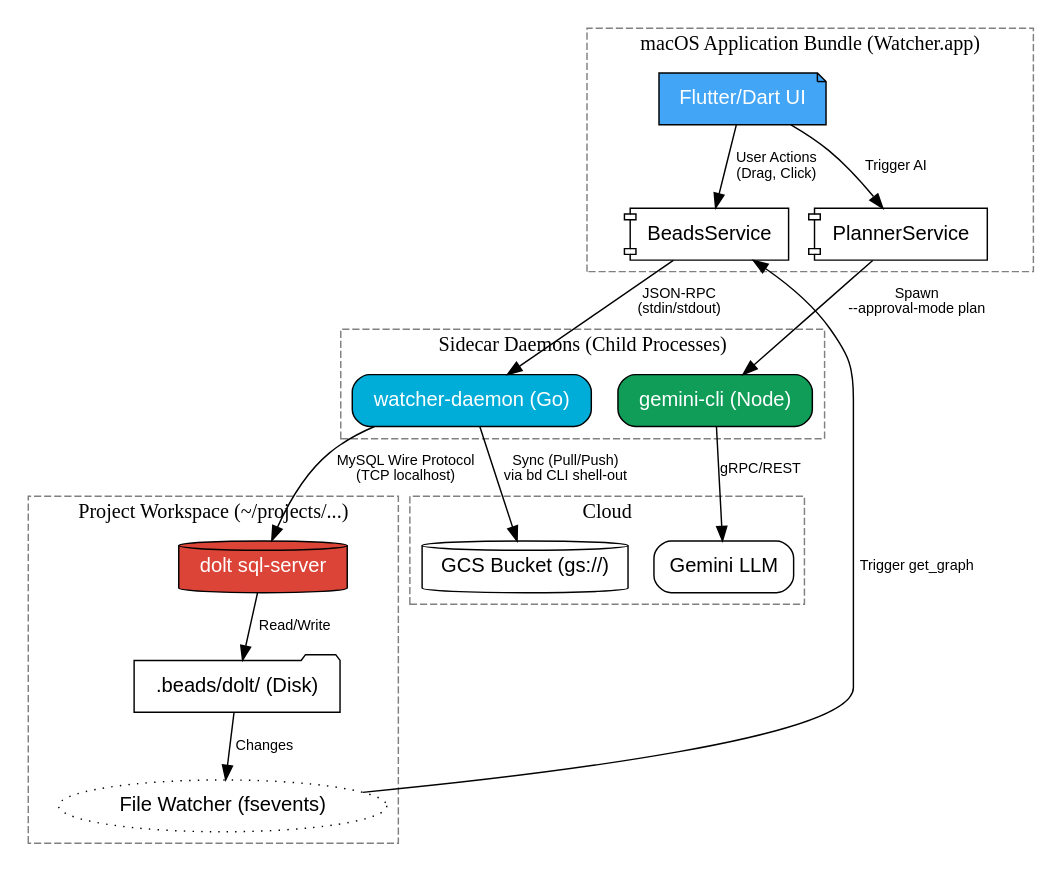
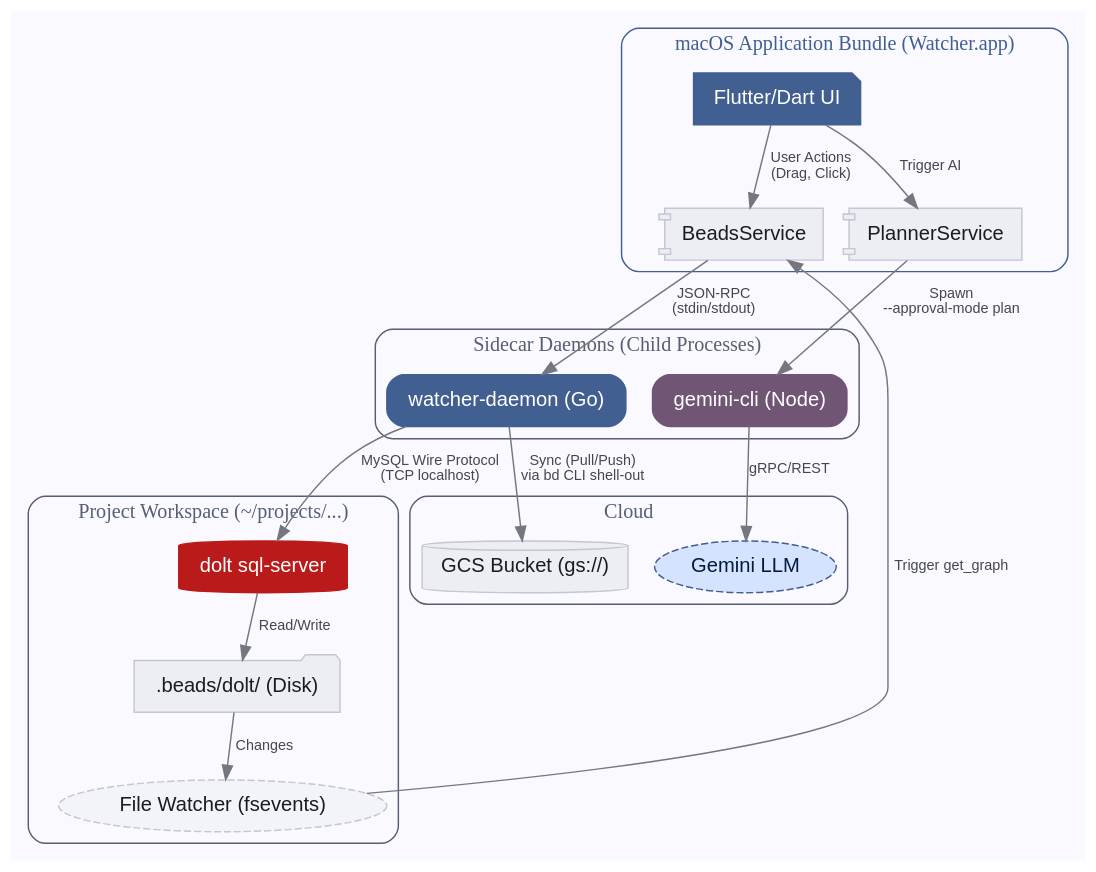
The diagram in docs/ipc_architecture.dot (ghchinoy/watcher), drawn with Graphviz before and after one commit. The commit also changed 1 other file, not shown here.

Commit message:
docs: update ipc architecture diagram to use material theme colors

```diff
--- a/docs/ipc_architecture.dot
+++ b/docs/ipc_architecture.dot
@@ -1,60 +1,65 @@
 digraph G {
-    node [shape=box, style=rounded, fontname="Helvetica"];
-    edge [fontname="Helvetica", fontsize=10];
+    node [shape=box, style="filled,rounded", fillcolor="#EDEDF4", color="#C4C6D0", fontname="Helvetica", fontcolor="#191C20"];
+    edge [fontname="Helvetica", fontsize=10, color="#74777F", fontcolor="#44474E"];
+    bgcolor="#F9F9FF";
     
     subgraph cluster_mac_app {
         label = "macOS Application Bundle (Watcher.app)";
-        style = dashed;
-        color = gray;
+        style = rounded;
+        color = "#415F91";
+        fontcolor = "#415F91";
         
-        "Flutter/Dart UI" [shape=note, style="filled", fillcolor="#42A5F5", fontcolor=white];
+        "Flutter/Dart UI" [shape=note, style="filled,rounded", fillcolor="#415F91", fontcolor="#FFFFFF", color="#415F91"];
         "BeadsService" [shape=component];
         "PlannerService" [shape=component];
         
         "Flutter/Dart UI" -> "BeadsService" [label=" User Actions\n(Drag, Click)"];
         "Flutter/Dart UI" -> "PlannerService" [label=" Trigger AI"];
     }
 
     subgraph cluster_daemon {
         label = "Sidecar Daemons (Child Processes)";
-        style = dashed;
-        color = gray;
+        style = rounded;
+        color = "#565F71";
+        fontcolor = "#565F71";
         
-        "watcher-daemon (Go)" [shape=Mrecord, style="filled", fillcolor="#00ADD8", fontcolor=white];
-        "gemini-cli (Node)" [shape=Mrecord, style="filled", fillcolor="#0F9D58", fontcolor=white];
+        "watcher-daemon (Go)" [shape=Mrecord, style="filled,rounded", fillcolor="#415F91", fontcolor="#FFFFFF", color="#415F91"];
+        "gemini-cli (Node)" [shape=Mrecord, style="filled,rounded", fillcolor="#705575", fontcolor="#FFFFFF", color="#705575"];
     }
     
     subgraph cluster_db {
         label = "Project Workspace (~/projects/...)";
-        style = dashed;
-        color = gray;
+        style = rounded;
+        color = "#565F71";
+        fontcolor = "#565F71";
         
-        "dolt sql-server" [shape=cylinder, style="filled", fillcolor="#DB4437", fontcolor=white];
+        "dolt sql-server" [shape=cylinder, style="filled", fillcolor="#BA1A1A", fontcolor="#FFFFFF", color="#BA1A1A"];
         ".beads/dolt/ (Disk)" [shape=folder];
-        "File Watcher (fsevents)" [shape=oval, style=dotted];
+        "File Watcher (fsevents)" [shape=oval, style="filled,dashed", fillcolor="#F3F3FA"];
     }
     
     subgraph cluster_cloud {
         label = "Cloud";
-        style = dashed;
-        color = gray;
+        style = rounded;
+        color = "#565F71";
+        fontcolor = "#565F71";
         
         "GCS Bucket (gs://)" [shape=cylinder];
-        "Gemini LLM" [shape=cloud];
+        "Gemini LLM" [shape=ellipse, style="filled,dashed", fillcolor="#D6E3FF", fontcolor="#001B3E", color="#415F91"];
     }
 
     // IPC & Network Connections
     "BeadsService" -> "watcher-daemon (Go)" [label=" JSON-RPC\n(stdin/stdout)"];
     "PlannerService" -> "gemini-cli (Node)" [label=" Spawn\n--approval-mode plan"];
     
     "watcher-daemon (Go)" -> "dolt sql-server" [label=" MySQL Wire Protocol\n(TCP localhost)"];
     "dolt sql-server" -> ".beads/dolt/ (Disk)" [label=" Read/Write"];
     
     // Cloud Connections
     "watcher-daemon (Go)" -> "GCS Bucket (gs://)" [label=" Sync (Pull/Push)\nvia bd CLI shell-out"];
     "gemini-cli (Node)" -> "Gemini LLM" [label=" gRPC/REST"];
     
     // Reactive UI Loop
     ".beads/dolt/ (Disk)" -> "File Watcher (fsevents)" [label=" Changes"];
     "File Watcher (fsevents)" -> "BeadsService" [label=" Trigger get_graph"];
 }
```
